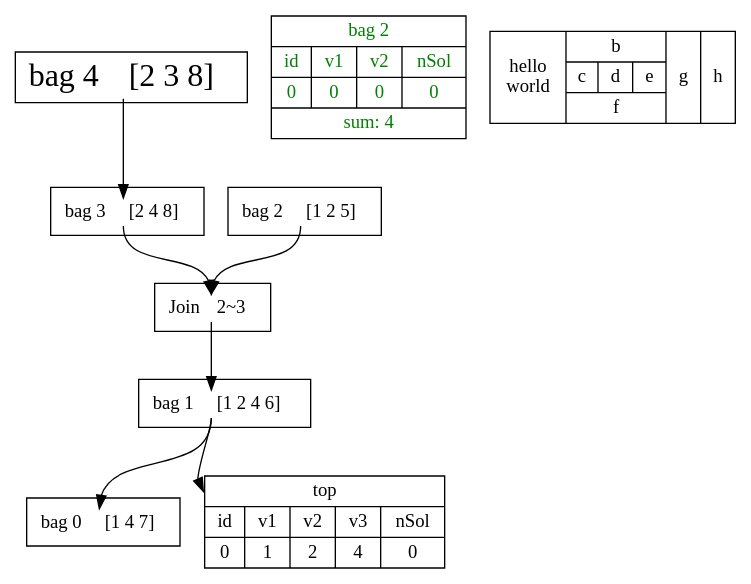
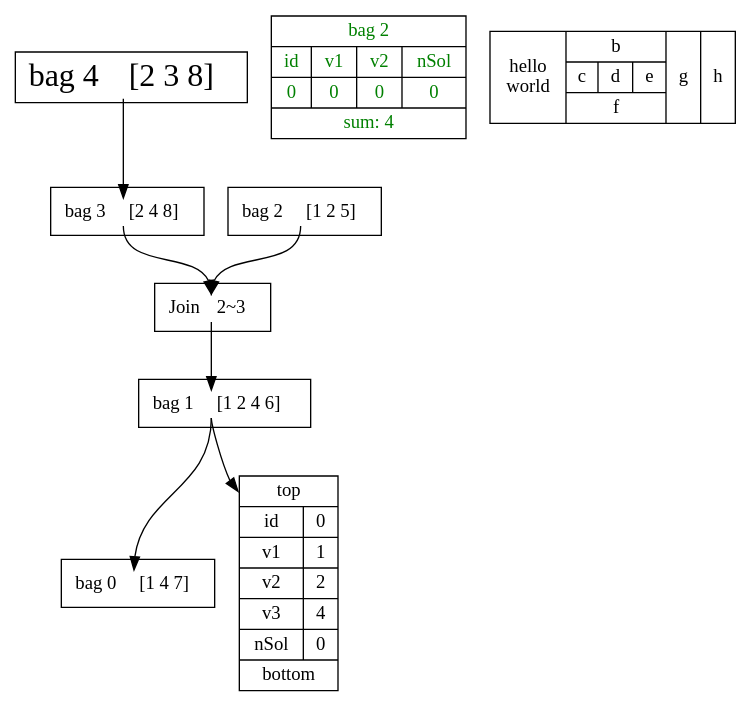
Before and after one commit to VaeterchenFrost/gpusat-VISU: the diagram in satvisualization_repo/satvisu/gvtest.dot, drawn with Graphviz. The commit also changed 7 other files, not shown here.

```diff
--- a/satvisualization_repo/satvisu/gvtest.dot
+++ b/satvisualization_repo/satvisu/gvtest.dot
@@ -1,25 +1,25 @@
 digraph structs {
 	node [shape=rect]
 	bag4 [label=<<TABLE BORDER="0" CELLBORDER="0" CELLSPACING="0">
               <TR><TD BGCOLOR="white">bag 4</TD><TD PORT="anchor"></TD><TD>[2 3 8]</TD></TR></TABLE>> fontsize=24]
 	bag3 [label=<<TABLE BORDER="0" CELLBORDER="0" CELLSPACING="0">
               <TR><TD BGCOLOR="white">bag 3</TD><TD PORT="anchor"></TD><TD>[2 4 8]</TD></TR></TABLE>>]
 	join1 [label=<<TABLE BORDER="0" CELLBORDER="0" CELLSPACING="0">
               <TR><TD BGCOLOR="white">Join</TD><TD PORT="anchor"></TD><TD>2~3</TD></TR></TABLE>>]
 	bag2 [label=<<TABLE BORDER="0" CELLBORDER="0" CELLSPACING="0">
               <TR><TD BGCOLOR="white">bag 2</TD><TD PORT="anchor"></TD><TD>[1 2 5]</TD></TR></TABLE>>]
 	bag1 [label=<<TABLE BORDER="0" CELLBORDER="0" CELLSPACING="0">
               <TR><TD BGCOLOR="white">bag 1</TD><TD PORT="anchor"></TD><TD>[1 2 4 6]</TD></TR></TABLE>>]
 	bag0 [label=<<TABLE BORDER="0" CELLBORDER="0" CELLSPACING="0">
               <TR><TD BGCOLOR="white">bag 0</TD><TD PORT="anchor"></TD><TD>[1 4 7]</TD></TR></TABLE>>]
 	node [shape=record]
-	etest [label="{<anchor> top|{{id|0}|{v1|1}|{v2|2}|{v3|4}|{nSol|0}}}"]
+	etest [label="{<anchor> top|{{id|v1|v2|v3|nSol}|{0|1|2|4|0}}|bottom}"]
 	sol4 [label="{<f0> bag 2|{{id|0}|{v1|0}|{ v2|0}|{ nSol|0}}|sum: 4}" fontcolor=green]
 	hi [label="hello\nworld |{ b |{c|<here> d|e}| f}| g | h"]
 	bag4:anchor -> bag3:anchor
 	bag2:anchor -> join1:anchor
 	bag3:anchor -> join1:anchor
 	join1:anchor -> bag1:anchor
 	bag1:anchor -> bag0:anchor
 	bag1:anchor -> etest:anchor
 }
```
